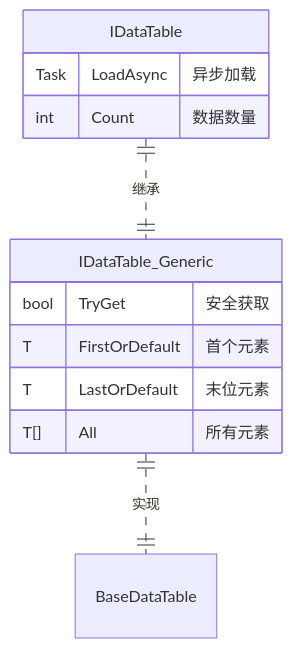
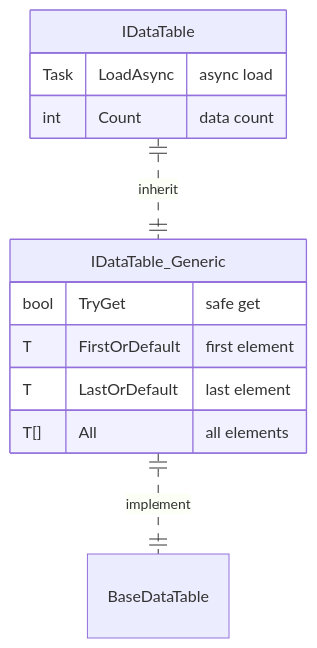
One commit to AlianBlank/GameFrameX.Docs changed the second of 2 diagrams in docs/en/client/unity/component/config/07.idata-table.md. Above: the diagram before and after it, drawn with Mermaid. The commit also changed other lines of this file and 242 other files, not shown here.

````diff
--- a/docs/en/client/unity/component/config/07.idata-table.md
+++ b/docs/en/client/unity/component/config/07.idata-table.md
@@ -96,17 +96,17 @@
 ```mermaid
 erDiagram
-    IDataTable ||..|| IDataTable_Generic : "继承"
-    IDataTable_Generic ||..|| BaseDataTable : "实现"
-    
+    IDataTable ||..|| IDataTable_Generic : "inherit"
+    IDataTable_Generic ||..|| BaseDataTable : "implement"
+
     IDataTable {
-        Task LoadAsync "异步加载"
-        int Count "数据数量"
+        Task LoadAsync "async load"
+        int Count "data count"
     }
-    
+
     IDataTable_Generic {
-        bool TryGet "安全获取"
-        T FirstOrDefault "首个元素"
-        T LastOrDefault "末位元素"
-        T[] All "所有元素"
+        bool TryGet "safe get"
+        T FirstOrDefault "first element"
+        T LastOrDefault "last element"
+        T[] All "all elements"
     }
 ```
````
